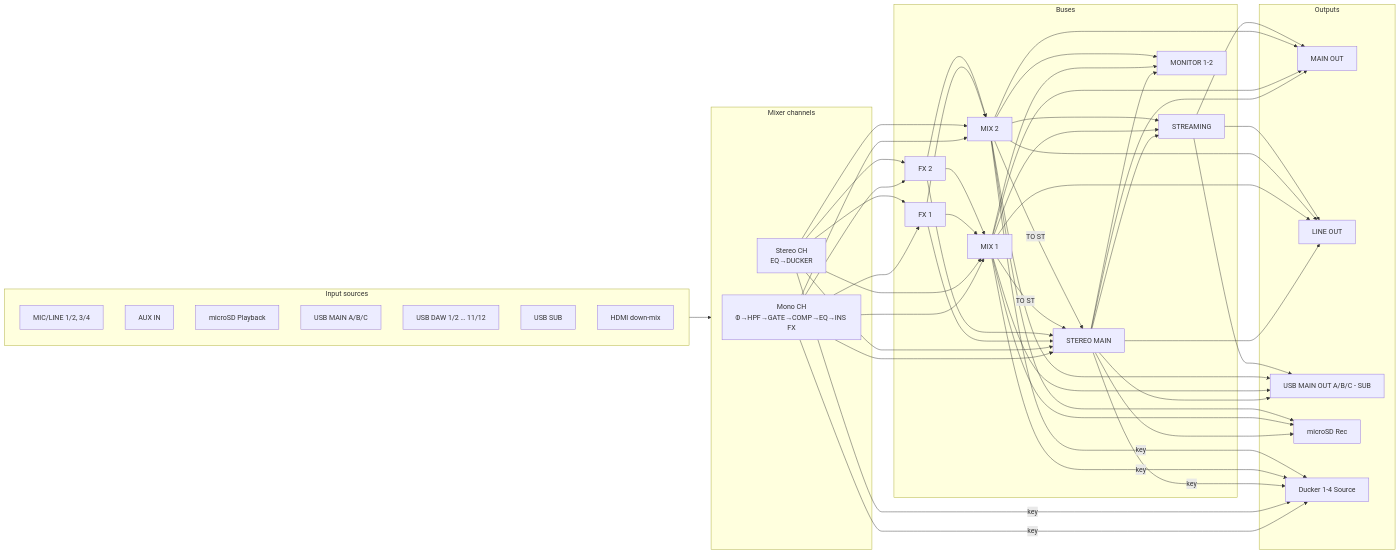
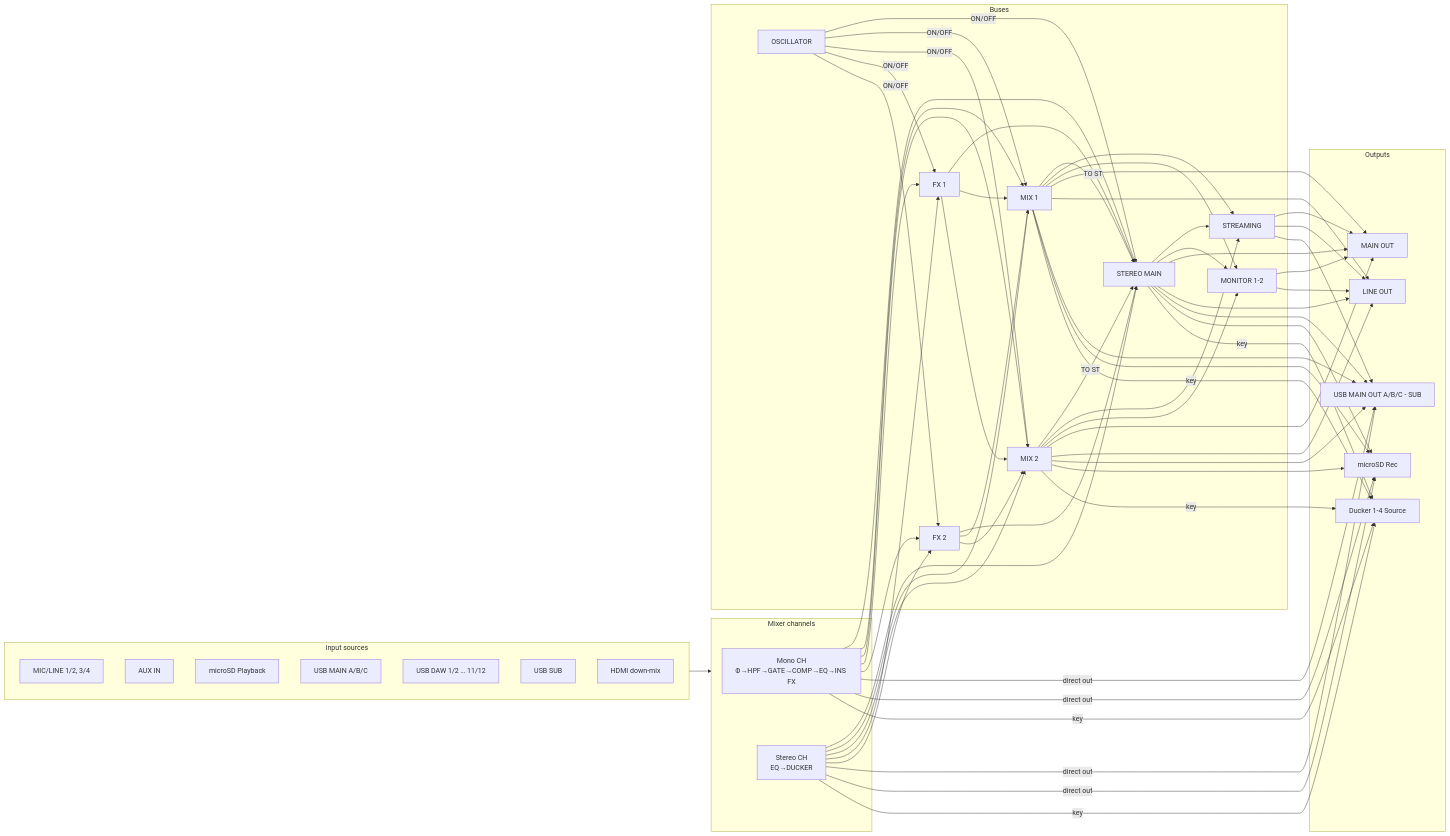
The diagram in docs/en/device-model.md (semnil/urx-router), drawn with Mermaid before and after one commit. The commit also changed other lines of this file and 5 other files, not shown here.

````diff
--- a/docs/en/device-model.md
+++ b/docs/en/device-model.md
@@ -39,45 +39,49 @@
 ```mermaid
 flowchart LR
   subgraph IN[Input sources]
     ML[MIC/LINE 1/2, 3/4]
     AUX[AUX IN]
     SD[microSD Playback]
     UMA[USB MAIN A/B/C]
     UDAW[USB DAW 1/2 … 11/12]
     USUB[USB SUB]
     HDMI[HDMI down-mix]
   end
 
   subgraph CH[Mixer channels]
     MONO["Mono CH<br/>Φ→HPF→GATE→COMP→EQ→INS FX"]
     ST["Stereo CH<br/>EQ→DUCKER"]
   end
 
   subgraph BUS[Buses]
     STEREO[STEREO MAIN]
     MIX1[MIX 1]
     MIX2[MIX 2]
     FX1[FX 1]
     FX2[FX 2]
     STREAM[STREAMING]
     MON[MONITOR 1-2]
+    OSC[OSCILLATOR]
   end
 
   subgraph OUT[Outputs]
     MAIN[MAIN OUT]
     LINE[LINE OUT]
     USBOUT[USB MAIN OUT A/B/C - SUB]
     SDREC[microSD Rec]
     DUCK[Ducker 1-4 Source]
   end
 
   IN --> CH
   MONO --> STEREO & MIX1 & MIX2 & FX1 & FX2
   ST --> STEREO & MIX1 & MIX2 & FX1 & FX2
   FX1 & FX2 --> STEREO & MIX1 & MIX2
   MIX1 & MIX2 -->|TO ST| STEREO
+  OSC -->|ON/OFF| STEREO & MIX1 & MIX2 & FX1 & FX2
   STEREO & MIX1 & MIX2 --> STREAM & MON
   STEREO & MIX1 & MIX2 --> MAIN & LINE & USBOUT & SDREC
   STREAM --> MAIN & LINE & USBOUT
+  MON --> MAIN & LINE
+  MONO & ST -->|direct out| USBOUT & SDREC
   MONO & ST & STEREO & MIX1 & MIX2 -->|key| DUCK
 ```
````
